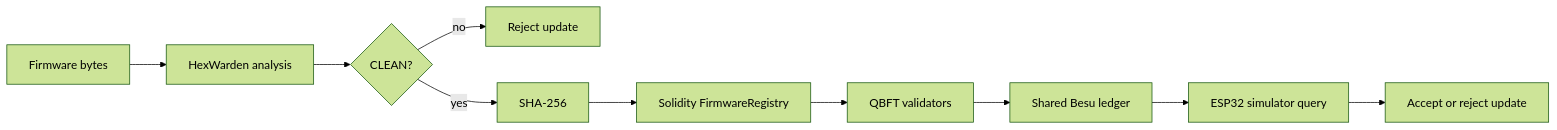
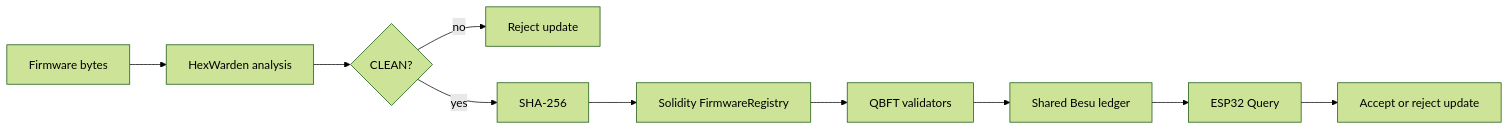
One commit to varun935/HexWarden changed the diagram in README.md. Above: the diagram before and after it, drawn with Mermaid (forest theme). The commit also changed 1 other file, not shown here.

````diff
--- a/README.md
+++ b/README.md
@@ -11,12 +11,12 @@
 ```mermaid
 flowchart LR
   FW[Firmware bytes] --> H[HexWarden analysis]
   H --> V{CLEAN?}
   V -- no --> R[Reject update]
   V -- yes --> S[SHA-256]
   S --> C[Solidity FirmwareRegistry]
   C --> Q[QBFT validators]
   Q --> L[Shared Besu ledger]
-  L --> E[ESP32 simulator query]
+  L --> E[ESP32 Query]
   E --> A[Accept or reject update]
 ```
````
